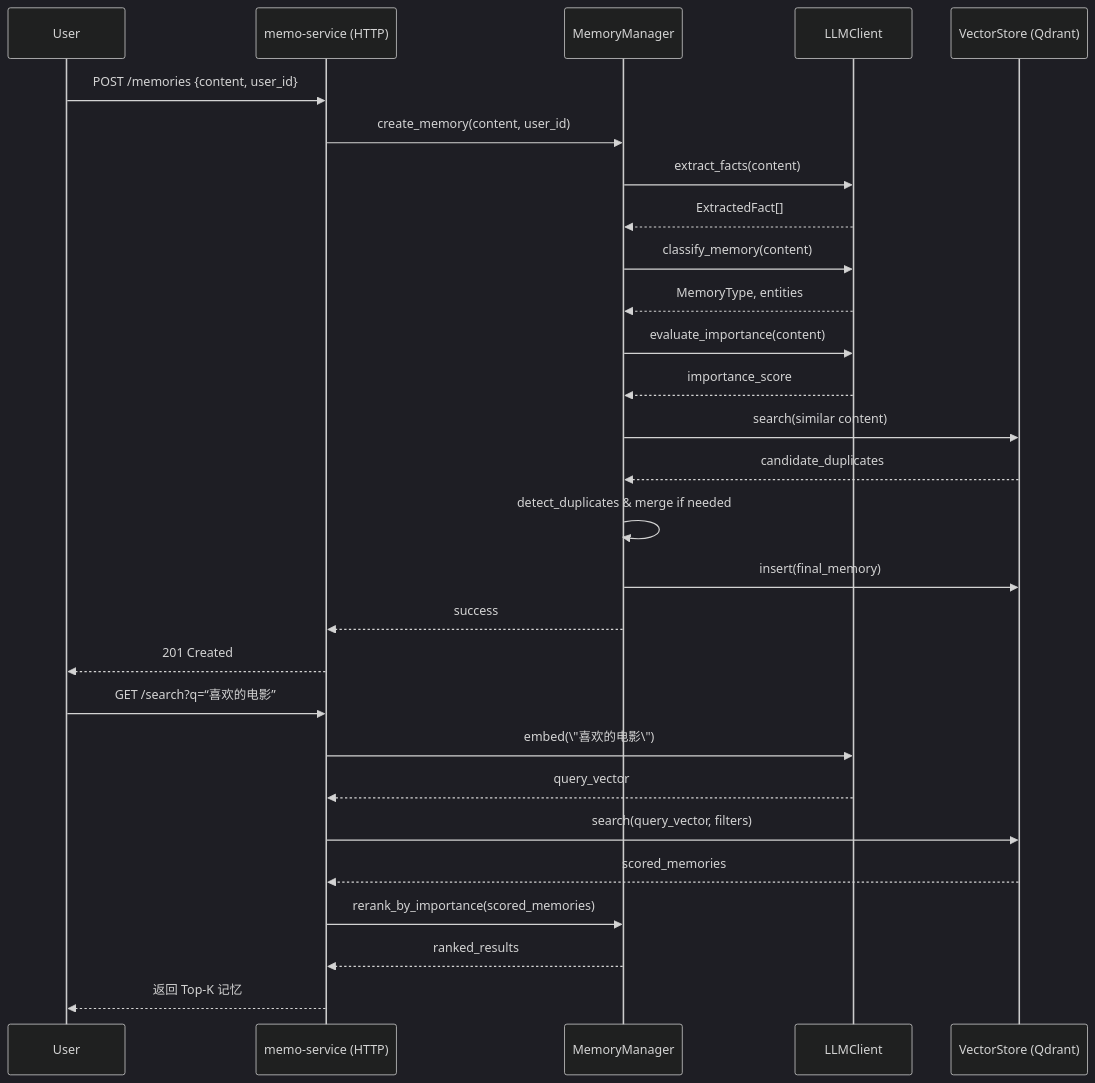
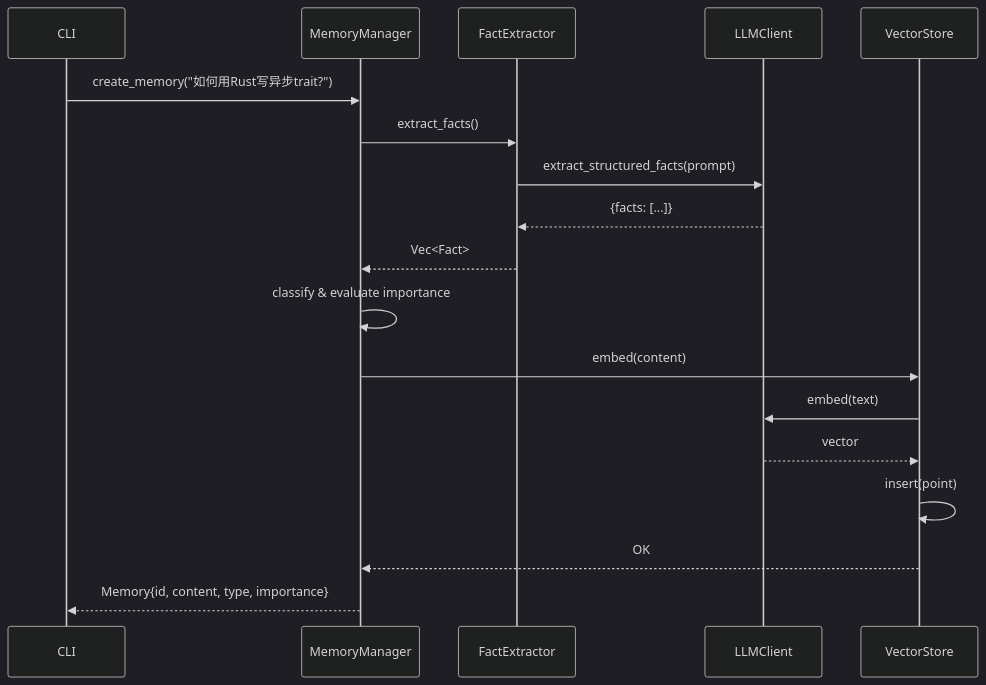
One commit to sopaco/cortex-mem changed the fifth of 9 diagrams in litho.docs/2、架构概览.md. Above: the diagram before and after it, drawn with Mermaid (dark theme). The commit also changed other lines of this file and 16 other files, not shown here.

````diff
--- a/litho.docs/2、架构概览.md
+++ b/litho.docs/2、架构概览.md
@@ -312,32 +308,21 @@
 ```mermaid
 sequenceDiagram
-    participant User
-    participant API as memo-service (HTTP)
+    participant CLI
     participant MM as MemoryManager
+    participant FE as FactExtractor
     participant LLM as LLMClient
-    participant VS as VectorStore (Qdrant)
+    participant VS as VectorStore
 
-    User->>API: POST /memories {content, user_id}
-    API->>MM: create_memory(content, user_id)
-    MM->>LLM: extract_facts(content)
-    LLM-->>MM: ExtractedFact[]
-    MM->>LLM: classify_memory(content)
-    LLM-->>MM: MemoryType, entities
-    MM->>LLM: evaluate_importance(content)
-    LLM-->>MM: importance_score
-    MM->>VS: search(similar content)
-    VS-->>MM: candidate_duplicates
-    MM->>MM: detect_duplicates & merge if needed
-    MM->>VS: insert(final_memory)
-    MM-->>API: success
-    API-->>User: 201 Created
-
-    User->>API: GET /search?q=“喜欢的电影”
-    API->>LLM: embed(\"喜欢的电影\")
-    LLM-->>API: query_vector
-    API->>VS: search(query_vector, filters)
-    VS-->>API: scored_memories
-    API->>MM: rerank_by_importance(scored_memories)
-    MM-->>API: ranked_results
-    API-->>User: 返回 Top-K 记忆
+    CLI->>MM: create_memory("如何用Rust写异步trait?")
+    MM->>FE: extract_facts()
+    FE->>LLM: extract_structured_facts(prompt)
+    LLM-->>FE: {facts: [...]}
+    FE-->>MM: Vec<Fact>
+    MM->>MM: classify & evaluate importance
+    MM->>VS: embed(content)
+    VS->>LLM: embed(text)
+    LLM-->>VS: vector
+    VS->>VS: insert(point)
+    VS-->>MM: OK
+    MM-->>CLI: Memory{id, content, type, importance}
 ```
````
